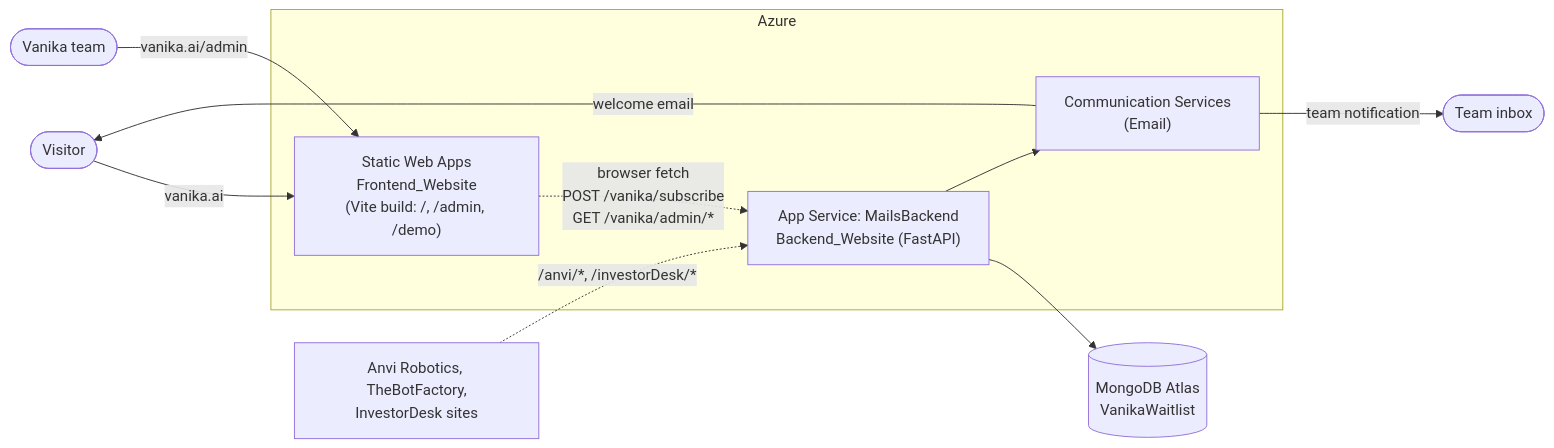
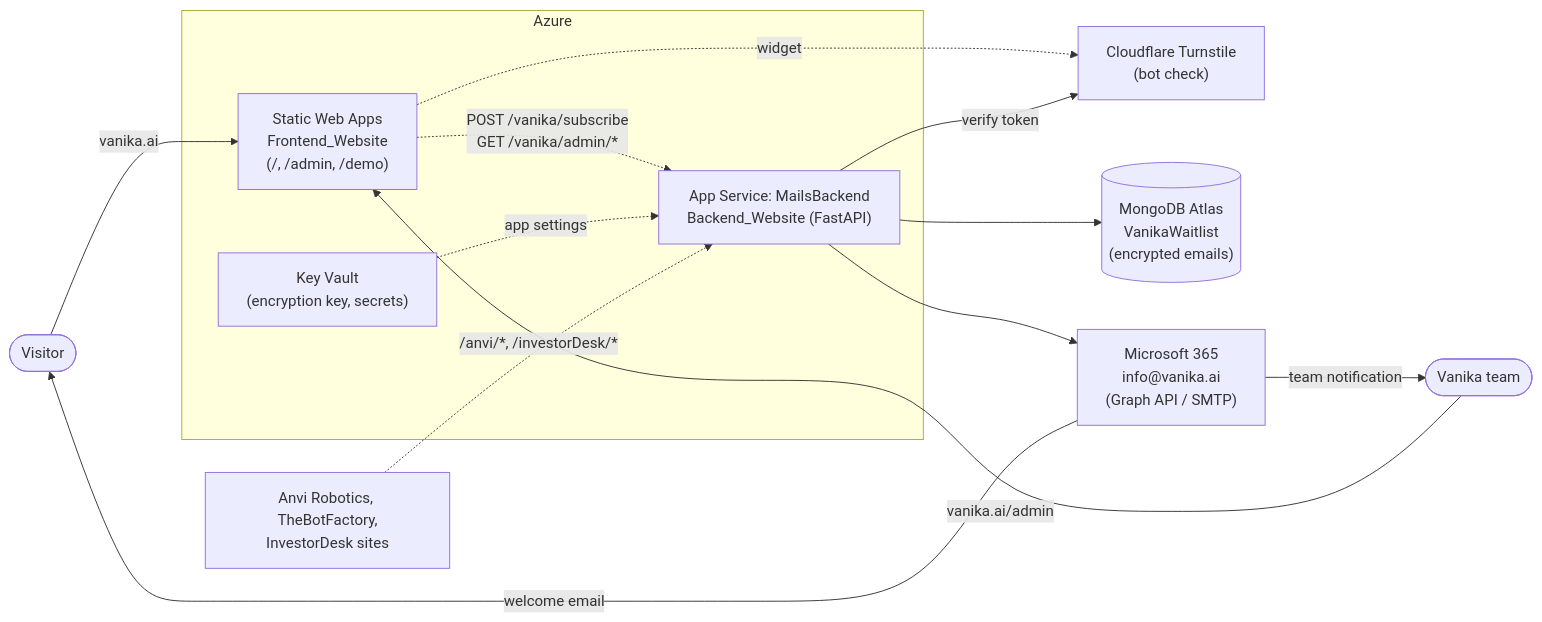
The first of 3 diagrams in docs/ARCHITECTURE.md (adityapuppala1/Vanika_Ai_Website), drawn with Mermaid before and after one commit. The commit also changed other lines of this file and 32 other files, not shown here.

````diff
--- a/docs/ARCHITECTURE.md
+++ b/docs/ARCHITECTURE.md
@@ -23,21 +24,26 @@
 ```mermaid
 flowchart LR
     visitor([Visitor]) -->|"vanika.ai"| swa
     admin([Vanika team]) -->|"vanika.ai/admin"| swa
 
     subgraph Azure
-        swa["Static Web Apps<br/>Frontend_Website<br/>(Vite build: /, /admin, /demo)"]
+        swa["Static Web Apps<br/>Frontend_Website<br/>(/, /admin, /demo)"]
         app["App Service: MailsBackend<br/>Backend_Website (FastAPI)"]
-        acs["Communication Services<br/>(Email)"]
+        kv["Key Vault<br/>(encryption key, secrets)"]
     end
 
-    atlas[("MongoDB Atlas<br/>VanikaWaitlist")]
+    cf["Cloudflare Turnstile<br/>(bot check)"]
+    atlas[("MongoDB Atlas<br/>VanikaWaitlist<br/>(encrypted emails)")]
+    m365["Microsoft 365<br/>info@vanika.ai<br/>(Graph API / SMTP)"]
 
-    swa -. "browser fetch<br/>POST /vanika/subscribe<br/>GET /vanika/admin/*" .-> app
+    swa -. "POST /vanika/subscribe<br/>GET /vanika/admin/*" .-> app
+    swa -. "widget" .-> cf
+    app -->|"verify token"| cf
     app --> atlas
-    app --> acs
-    acs -->|"team notification"| inbox([Team inbox])
-    acs -->|"welcome email"| visitor
+    app --> m365
+    kv -. "app settings" .-> app
+    m365 -->|"welcome email"| visitor
+    m365 -->|"team notification"| admin
 
     other["Anvi Robotics, TheBotFactory,<br/>InvestorDesk sites"] -. "/anvi/*, /investorDesk/*" .-> app
 ```
````
